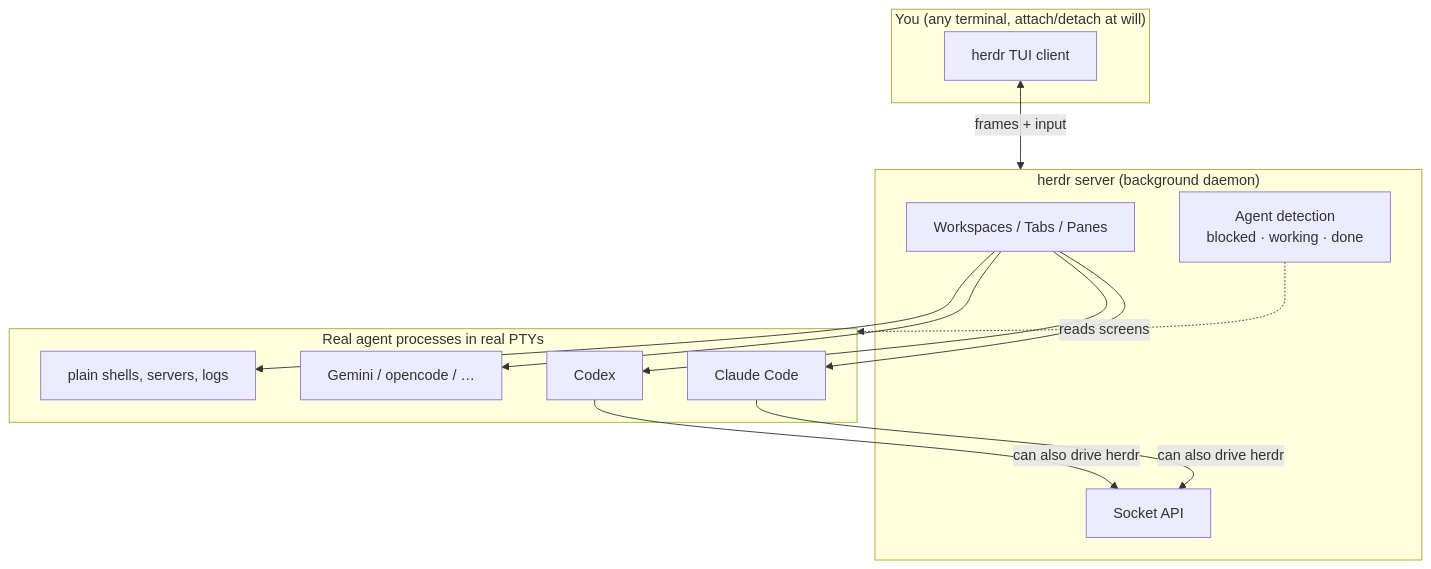
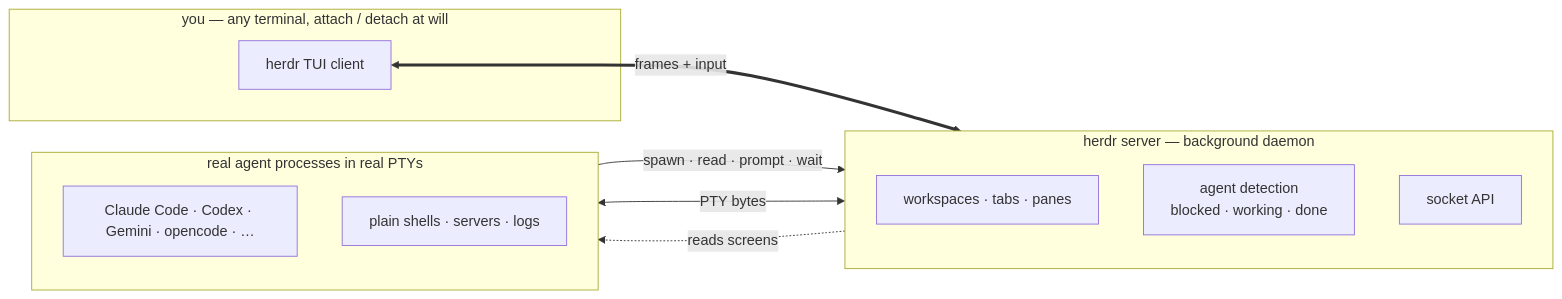
The first of 10 diagrams in README.md (shaun-agent/herdr-map), drawn with Mermaid before and after one commit.

Commit message:
docs: declutter the overview diagram

````diff
--- a/README.md
+++ b/README.md
@@ -19,24 +19,24 @@
 ```mermaid
-graph TB
-    subgraph You["You (any terminal, attach/detach at will)"]
+flowchart LR
+    subgraph client["you — any terminal, attach / detach at will"]
         TUI["herdr TUI client"]
     end
 
-    subgraph Server["herdr server (background daemon)"]
-        WS["Workspaces / Tabs / Panes"]
-        DET["Agent detection<br/>blocked · working · done"]
-        API["Socket API"]
+    subgraph server["herdr server — background daemon"]
+        direction TB
+        WS["workspaces · tabs · panes"]
+        DET["agent detection<br/>blocked · working · done"]
+        API["socket API"]
     end
 
-    subgraph Agents["Real agent processes in real PTYs"]
-        A1["Claude Code"]
-        A2["Codex"]
-        A3["Gemini / opencode / …"]
-        SH["plain shells, servers, logs"]
+    subgraph agents["real agent processes in real PTYs"]
+        direction TB
+        A1["Claude Code · Codex · Gemini · opencode · …"]
+        SH["plain shells · servers · logs"]
     end
 
-    TUI <-->|"frames + input"| Server
-    WS --> A1 & A2 & A3 & SH
-    DET -.->|"reads screens"| Agents
-    A1 & A2 -->|"can also drive herdr"| API
+    TUI <== "frames + input" ==> server
+    WS <-- "PTY bytes" --> agents
+    DET -. "reads screens" .-> agents
+    agents -- "spawn · read · prompt · wait" --> API
 ```
````
